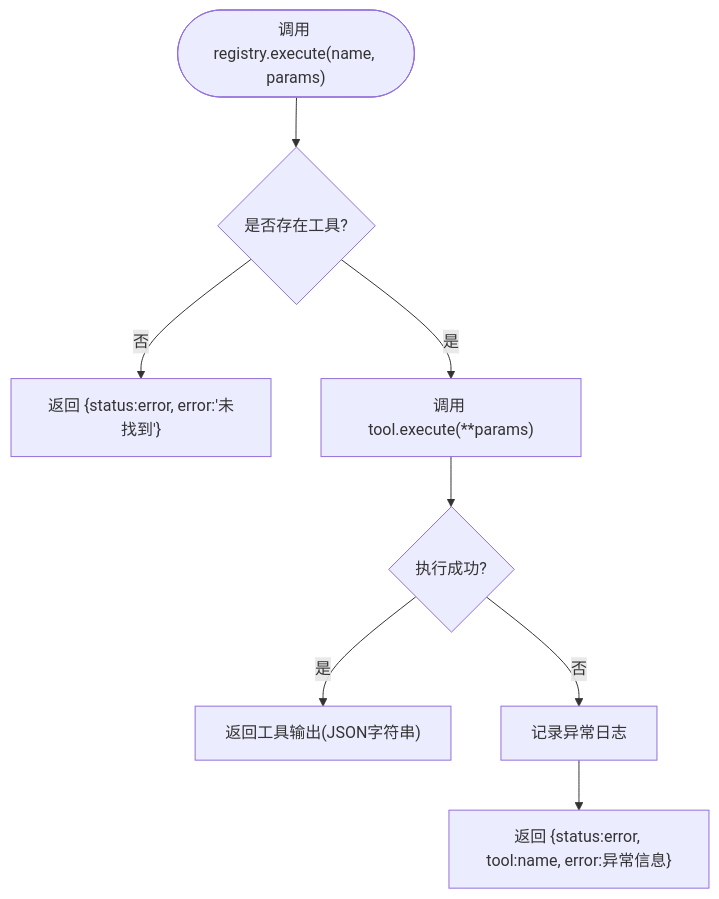
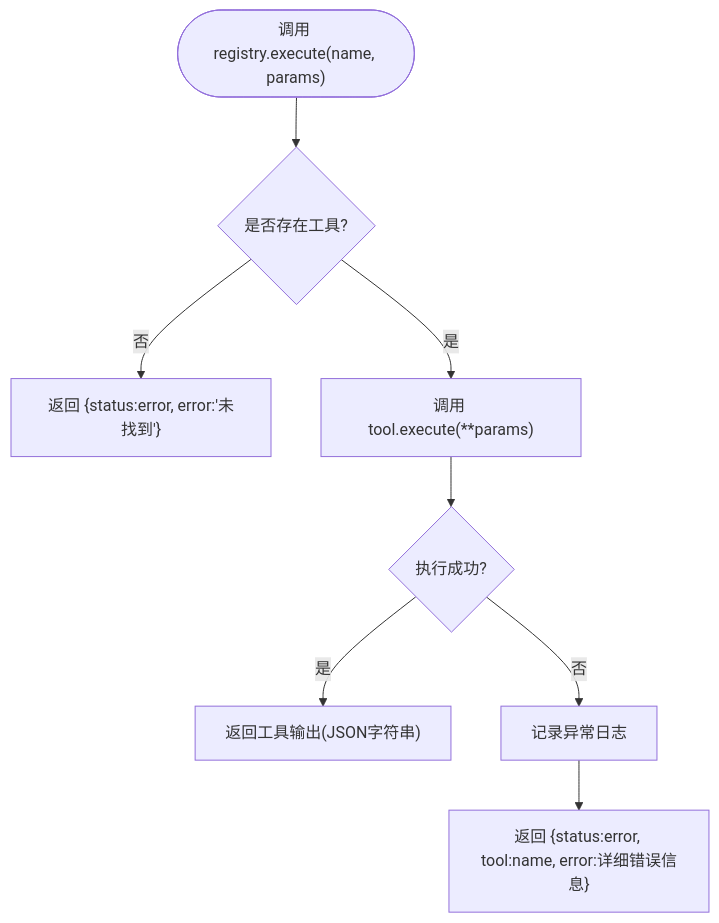
One commit to 20012002er/Vibe-Trading changed the fourth of 7 diagrams in .qoder/repowiki/zh/content/AI代理系统/工具系统/工具注册机制.md. Above: the diagram before and after it, drawn with Mermaid. The commit also changed other lines of this file and 7 other files, not shown here.

````diff
--- a/.qoder/repowiki/zh/content/AI代理系统/工具系统/工具注册机制.md
+++ b/.qoder/repowiki/zh/content/AI代理系统/工具系统/工具注册机制.md
@@ -146,10 +153,10 @@
 ```mermaid
 flowchart TD
 Start(["调用 registry.execute(name, params)"]) --> Lookup{"是否存在工具?"}
 Lookup --> |否| ErrNotFound["返回 {status:error, error:'未找到'}"]
 Lookup --> |是| TryExec["调用 tool.execute(**params)"]
 TryExec --> ExecOK{"执行成功?"}
 ExecOK --> |是| ReturnOK["返回工具输出(JSON字符串)"]
 ExecOK --> |否| LogErr["记录异常日志"]
-LogErr --> ReturnErr["返回 {status:error, tool:name, error:异常信息}"]
+LogErr --> ReturnErr["返回 {status:error, tool:name, error:详细错误信息}"]
 ```
````
